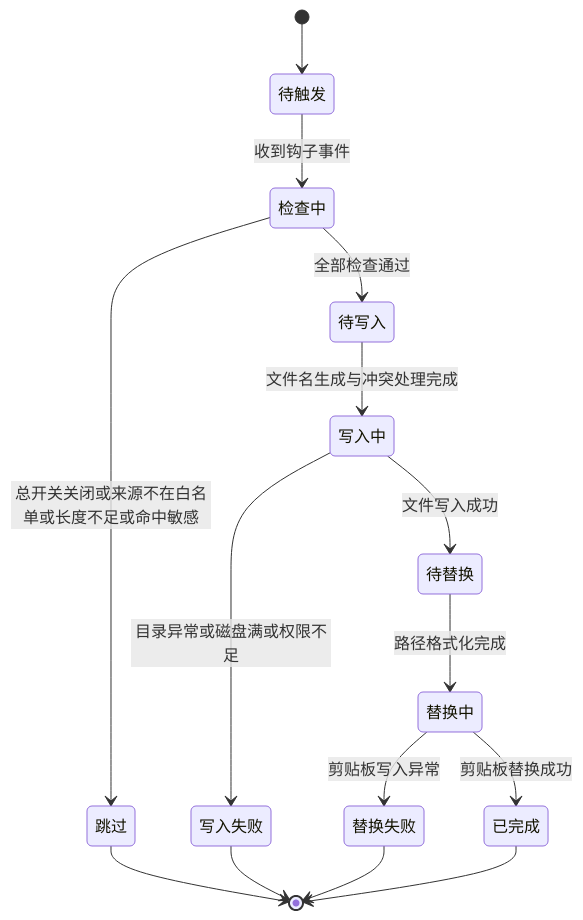
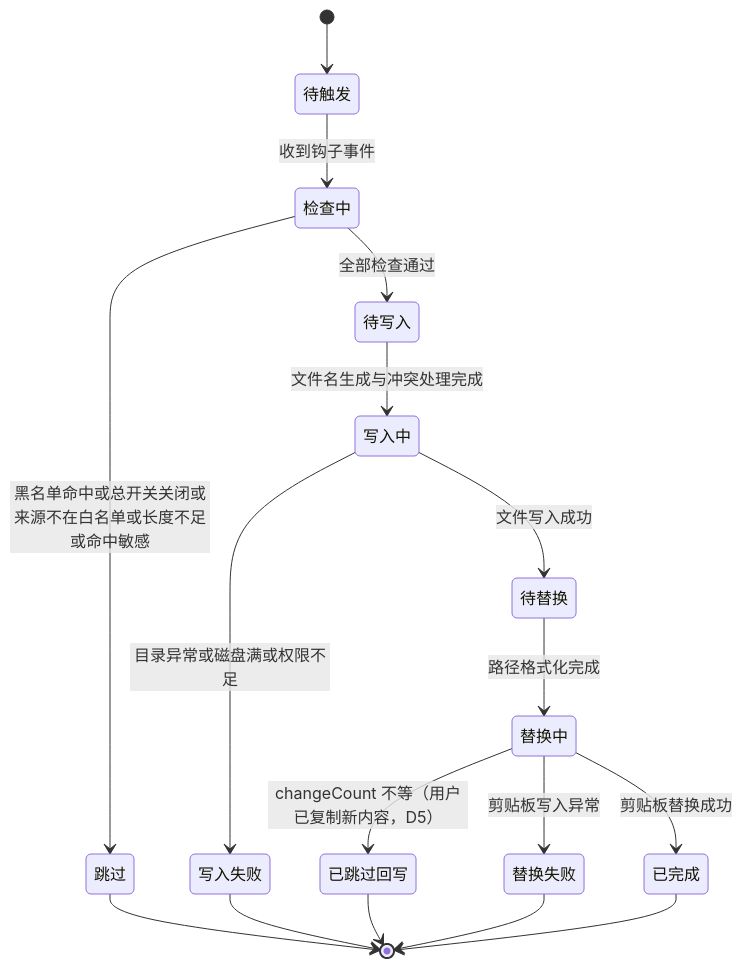
One commit to marcocpt/ClipMind changed the fourth of 6 diagrams in docs/planning/P1/F2.1/F2.1_自动保存到文件_设计文档.md. Above: the diagram before and after it, drawn with Mermaid. The commit also changed other lines of this file and 3 other files, not shown here.

First line of the commit message:
docs(F2.1): revise specs based on 24 architecture decisions

````diff
--- a/docs/planning/P1/F2.1/F2.1_自动保存到文件_设计文档.md
+++ b/docs/planning/P1/F2.1/F2.1_自动保存到文件_设计文档.md
@@ -288,17 +379,19 @@
 ```mermaid
 stateDiagram-v2
     [*] --> 待触发
     待触发 --> 检查中: 收到钩子事件
-    检查中 --> 跳过: 总开关关闭或来源不在白名单或长度不足或命中敏感
+    检查中 --> 跳过: 黑名单命中或总开关关闭或来源不在白名单或长度不足或命中敏感
     检查中 --> 待写入: 全部检查通过
     待写入 --> 写入中: 文件名生成与冲突处理完成
     写入中 --> 写入失败: 目录异常或磁盘满或权限不足
     写入中 --> 待替换: 文件写入成功
     待替换 --> 替换中: 路径格式化完成
+    替换中 --> 已跳过回写: changeCount 不等（用户已复制新内容，D5）
     替换中 --> 替换失败: 剪贴板写入异常
     替换中 --> 已完成: 剪贴板替换成功
     跳过 --> [*]
     写入失败 --> [*]
+    已跳过回写 --> [*]
     替换失败 --> [*]
     已完成 --> [*]
 ```
````
